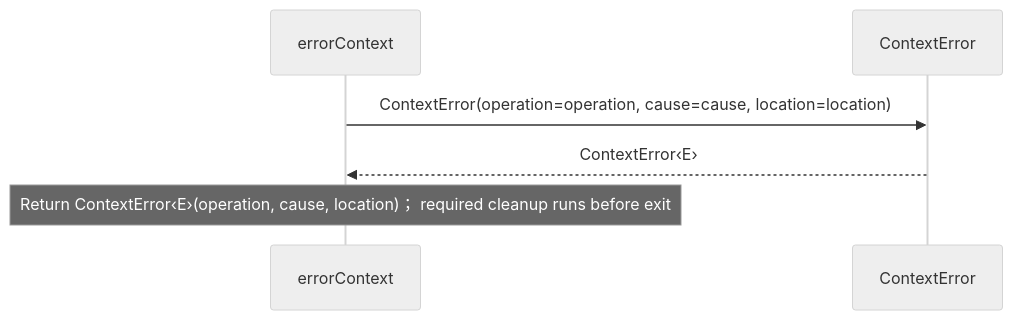
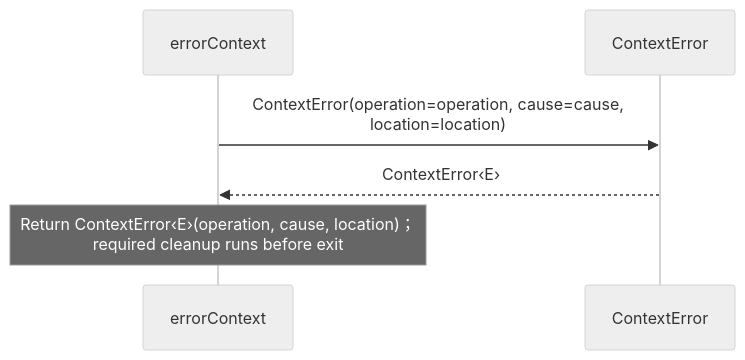
Before and after one commit to GreenPandaStudios/augscript: the second of 2 diagrams in src/stdlib/errors/context.aug.diagrams.md, drawn with Mermaid (neutral theme). The commit also changed 200 other files, not shown here.

Commit message:
Group imported operations and wrap readable sequence messages

````diff
--- a/src/stdlib/errors/context.aug.diagrams.md
+++ b/src/stdlib/errors/context.aug.diagrams.md
@@ -38,8 +38,8 @@
 ```mermaid
 sequenceDiagram
     participant p0 as errorContext
     participant p1 as ContextError
-    p0->>p1: ContextError(operation=operation, cause=cause, location=location)
+    p0->>p1: ContextError(operation=operation, cause=cause,<br/>location=location)
     p1-->>p0: ContextError‹E›
-    Note over p0: Return ContextError‹E›(operation, cause, location)； required cleanup runs before exit
+    Note over p0: Return ContextError‹E›(operation, cause, location)；<br/>required cleanup runs before exit
 ```
````
